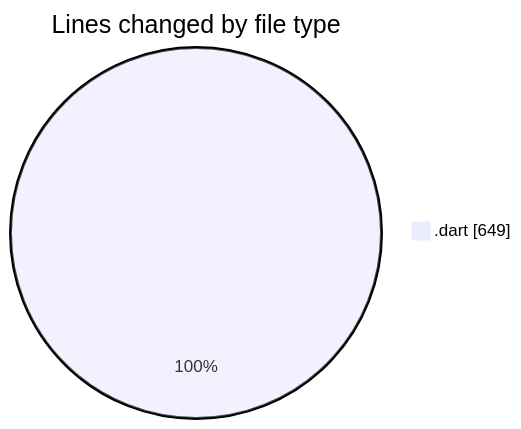
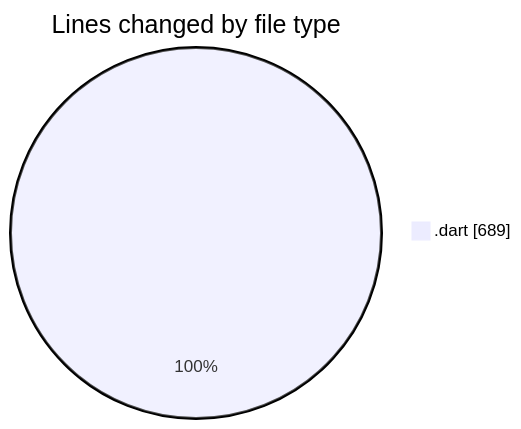
Before and after one commit to donsfak/code-tracking: the first of 2 diagrams in 2025-01-14/trackers_app/README.md, drawn with Mermaid. The commit also changed other lines of this file and 1 other file, not shown here.

````diff
--- a/2025-01-14/trackers_app/README.md
+++ b/2025-01-14/trackers_app/README.md
@@ -28,5 +28,5 @@
 ```mermaid
 pie showData
 title Lines changed by file type
-".dart" : 649
+".dart" : 689
 ```
````
